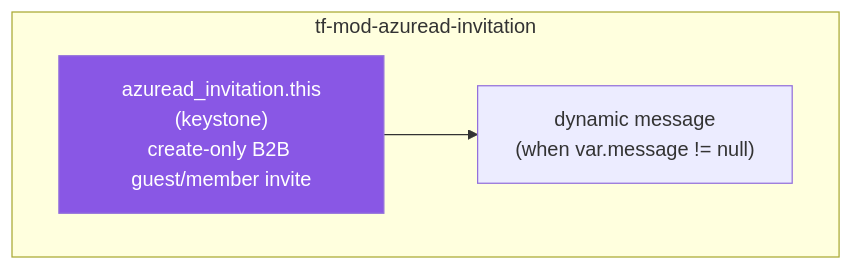
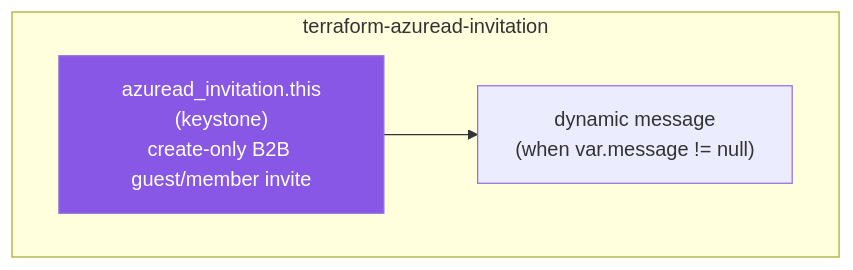
One commit to microsoftexpert/terraform-azuread-invitation changed the second of 2 diagrams in README.md. Above: the diagram before and after it, drawn with Mermaid. The commit also changed other lines of this file and 2 other files, not shown here.

````diff
--- a/README.md
+++ b/README.md
@@ -64,11 +64,11 @@
 ```mermaid
 flowchart TD
- subgraph mod["tf-mod-azuread-invitation"]
+ subgraph mod["terraform-azuread-invitation"]
  THIS["azuread_invitation.this<br/>(keystone)<br/>create-only B2B guest/member invite"]
  MSG["dynamic message<br/>(when var.message != null)"]
  end
 
  THIS --> MSG
 
  style THIS fill:#8957E5,color:#fff
 ```
````
